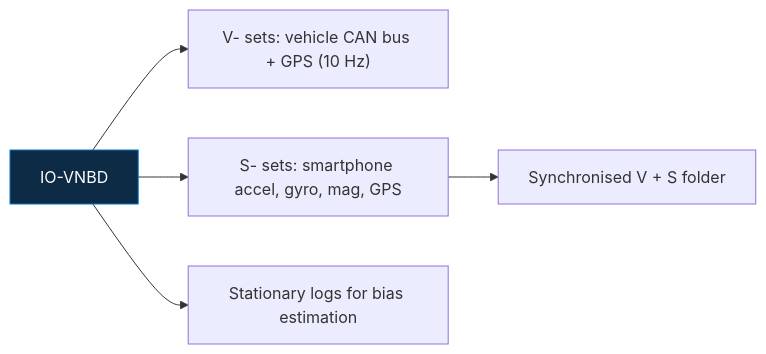
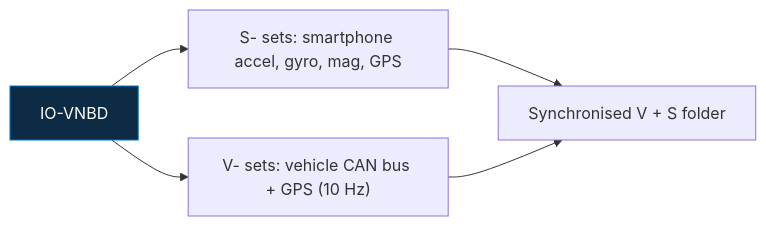
One commit to Team-TechGen-NITC/IMU-Dead-Reckoning changed the seventh of 8 diagrams in README.md. Above: the diagram before and after it, drawn with Mermaid. The commit also changed other lines of this file, not shown here.

````diff
--- a/README.md
+++ b/README.md
@@ -385,8 +254,8 @@
 ```mermaid
 flowchart LR
     D["IO-VNBD"] --> V["V- sets: vehicle CAN bus + GPS (10 Hz)"]
     D --> S["S- sets: smartphone accel, gyro, mag, GPS"]
     S --> SY["Synchronised V + S folder"]
-    D --> ST["Stationary logs for bias estimation"]
+    V --> SY
     style D fill:#0d2b45,stroke:#0078d4,color:#fff
 ```
````
